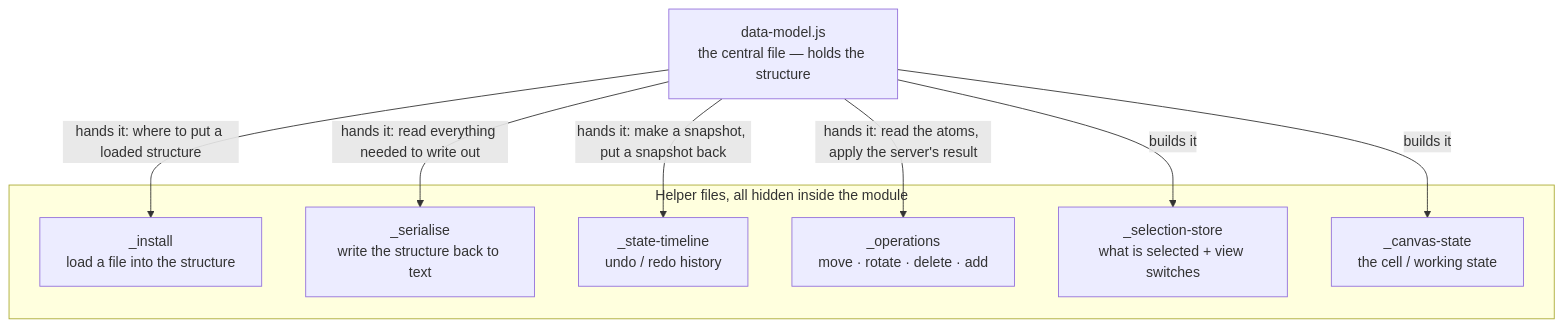
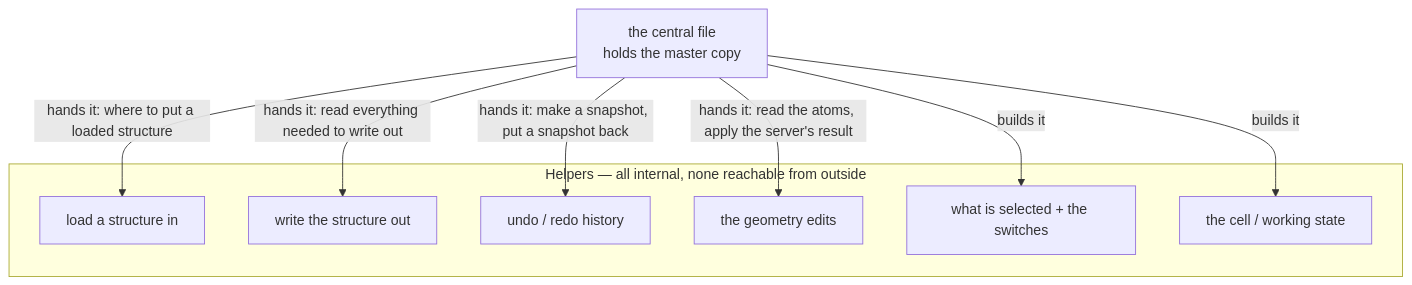
One commit to Qing-LAB/molbuilder changed the fourth of 5 diagrams in docs/web/molview.md. Above: the diagram before and after it, drawn with Mermaid. The commit also changed other lines of this file, not shown here.

````diff
--- a/docs/web/molview.md
+++ b/docs/web/molview.md
@@ -1161,18 +604,18 @@
 ```mermaid
 flowchart TB
-    DM["data-model.js<br/>the central file — holds the structure"]
-    subgraph subs["Helper files, all hidden inside the module"]
-      IN["_install<br/>load a file into the structure"]
-      SE["_serialise<br/>write the structure back to text"]
-      ST["_state-timeline<br/>undo / redo history"]
-      OP["_operations<br/>move · rotate · delete · add"]
-      SS["_selection-store<br/>what is selected + view switches"]
-      CS["_canvas-state<br/>the cell / working state"]
+    DM["the central file<br/>holds the master copy"]
+    subgraph subs["Helpers — all internal, none reachable from outside"]
+      IN["load a structure in"]
+      SE["write the structure out"]
+      ST["undo / redo history"]
+      OP["the geometry edits"]
+      SS["what is selected + the switches"]
+      CS["the cell / working state"]
     end
     DM -->|"hands it: make a snapshot, put a snapshot back"| ST
     DM -->|"hands it: read the atoms, apply the server's result"| OP
     DM -->|"hands it: read everything needed to write out"| SE
     DM -->|"hands it: where to put a loaded structure"| IN
     DM -->|"builds it"| SS
     DM -->|"builds it"| CS
 ```
````
